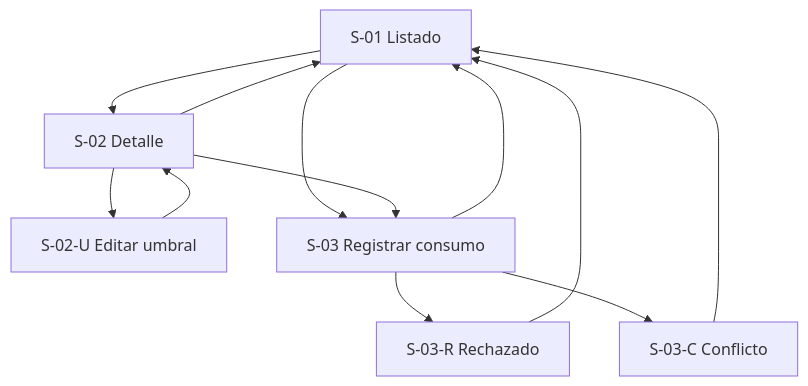
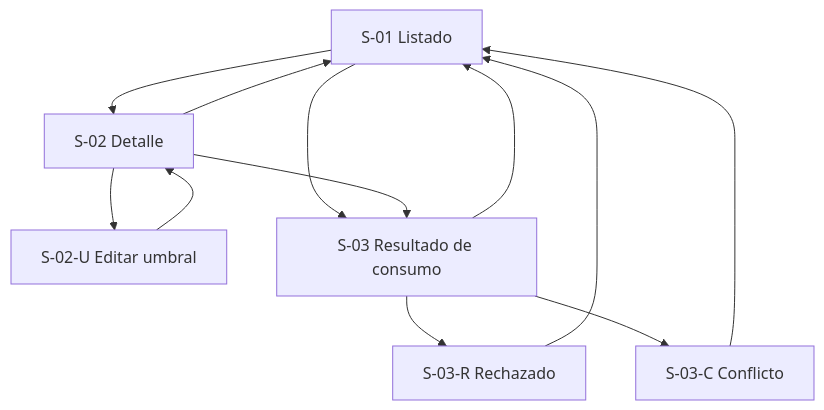
One commit to Taller-SW-Web/Productos-y-Ofertas-docs changed the diagram in wireframes/flows/WF-015-gestion-inventario.md. Above: the diagram before and after it, drawn with Mermaid. The commit also changed other lines of this file and 47 other files, not shown here.

```diff
--- a/wireframes/flows/WF-015-gestion-inventario.md
+++ b/wireframes/flows/WF-015-gestion-inventario.md
@@ -249,14 +249,14 @@
 ~~~mermaid
 flowchart TD
     A["S-01 Listado"] --> B["S-02 Detalle"]
     B --> A
     B --> U["S-02-U Editar umbral"]
     U --> B
-    A --> C["S-03 Registrar consumo"]
+    A --> C["S-03 Resultado de consumo"]
     B --> C
     C --> R["S-03-R Rechazado"]
     C --> M["S-03-C Conflicto"]
     C --> A
     R --> A
     M --> A
 ~~~
```
